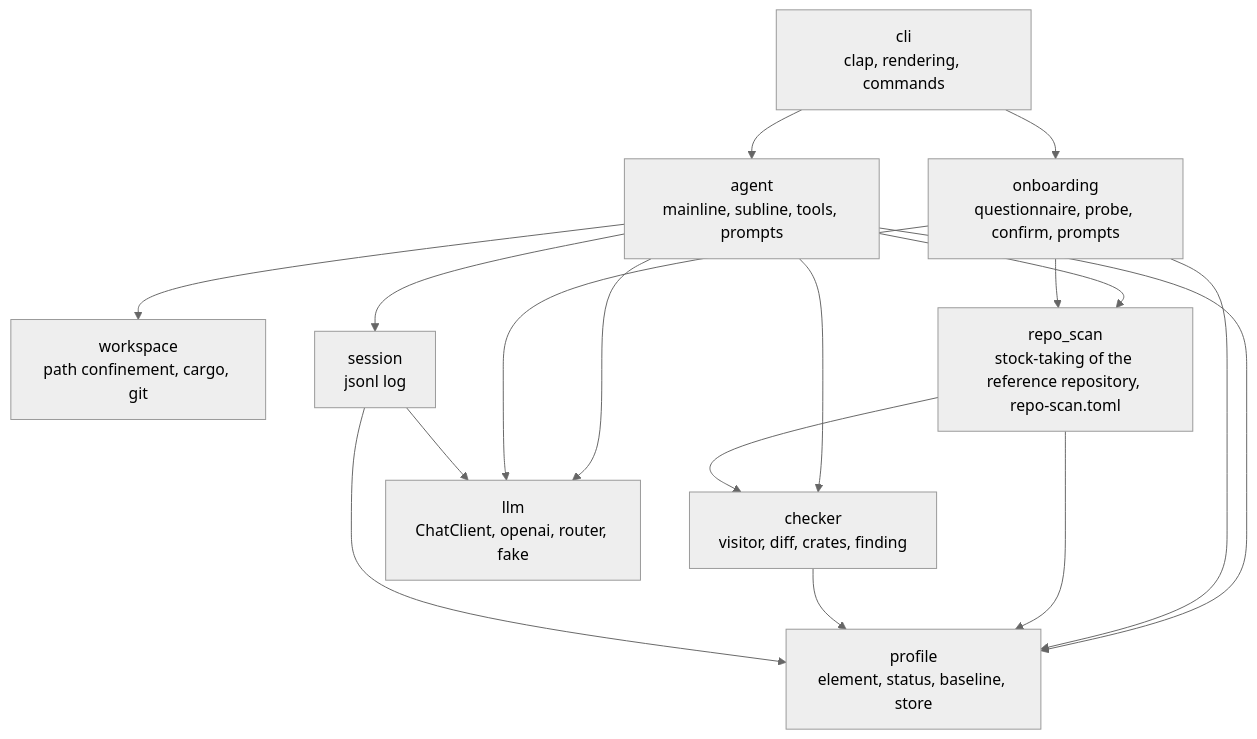
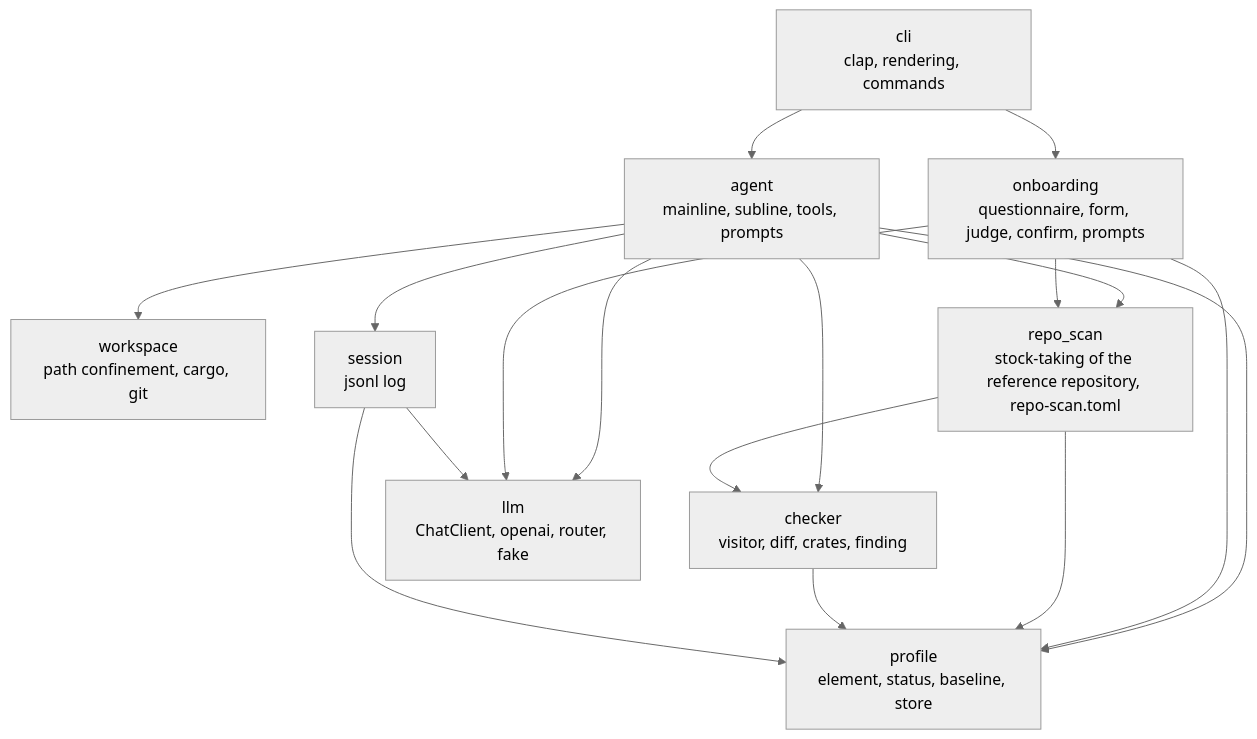
Before and after one commit to sumiredc/molt: the seventh of 9 diagrams in PRD.md, drawn with Mermaid (neutral theme). The commit also changed other lines of this file and 1 other file, not shown here.

````diff
--- a/PRD.md
+++ b/PRD.md
@@ -309,19 +309,19 @@
 ```mermaid
 flowchart TB
   cli["cli<br/>clap, rendering, commands"] --> agent["agent<br/>mainline, subline, tools, prompts"]
-  cli --> onboarding["onboarding<br/>questionnaire, probe, confirm, prompts"]
+  cli --> onboarding["onboarding<br/>questionnaire, form, judge, confirm, prompts"]
   agent --> workspace["workspace<br/>path confinement, cargo, git"]
   agent --> checker["checker<br/>visitor, diff, crates, finding"]
   agent --> llm["llm<br/>ChatClient, openai, router, fake"]
   agent --> profile["profile<br/>element, status, baseline, store"]
   agent --> session["session<br/>jsonl log"]
   agent --> repo_scan["repo_scan<br/>stock-taking of the reference repository, repo-scan.toml"]
   onboarding --> llm
   onboarding --> profile
   onboarding --> repo_scan
   repo_scan --> checker
   repo_scan --> profile
   checker --> profile
   session --> llm
   session --> profile
 ```
````
